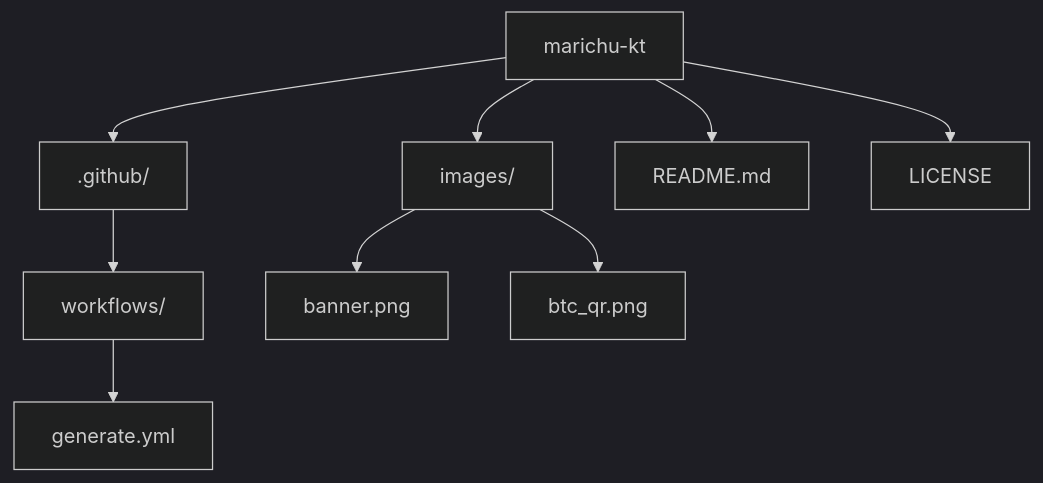
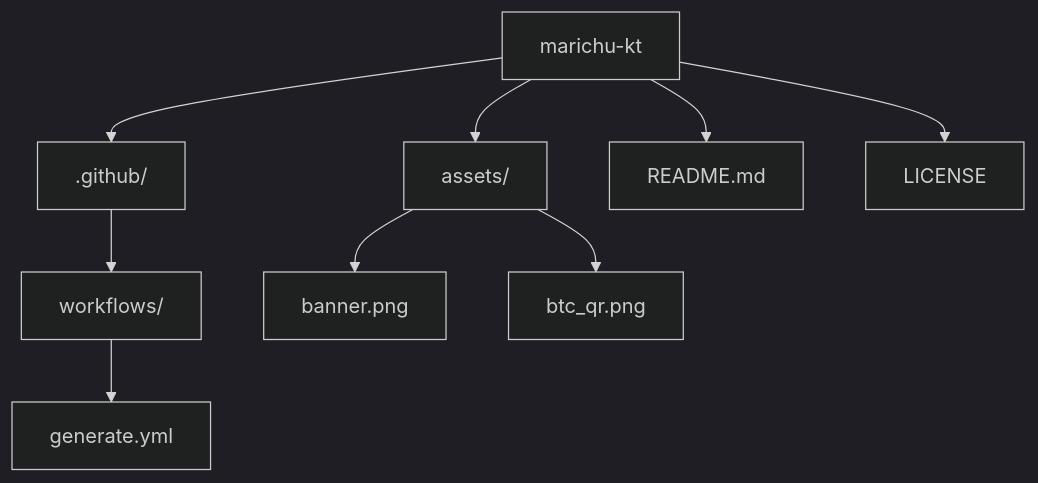
Before and after one commit to marichu-kt/marichu-kt: the diagram in README.md, drawn with Mermaid (dark theme). The commit also changed other lines of this file, not shown here.

````diff
--- a/README.md
+++ b/README.md
@@ -46,11 +46,11 @@
 ```mermaid
 graph TD
   A[marichu-kt] --> B[.github/]
   B --> C[workflows/]
   C --> D[generate.yml]
-  A --> E[images/]
+  A --> E[assets/]
   E --> F[banner.png]
   E --> I[btc_qr.png]
   A --> G[README.md]
   A --> H[LICENSE]
 ```
````
